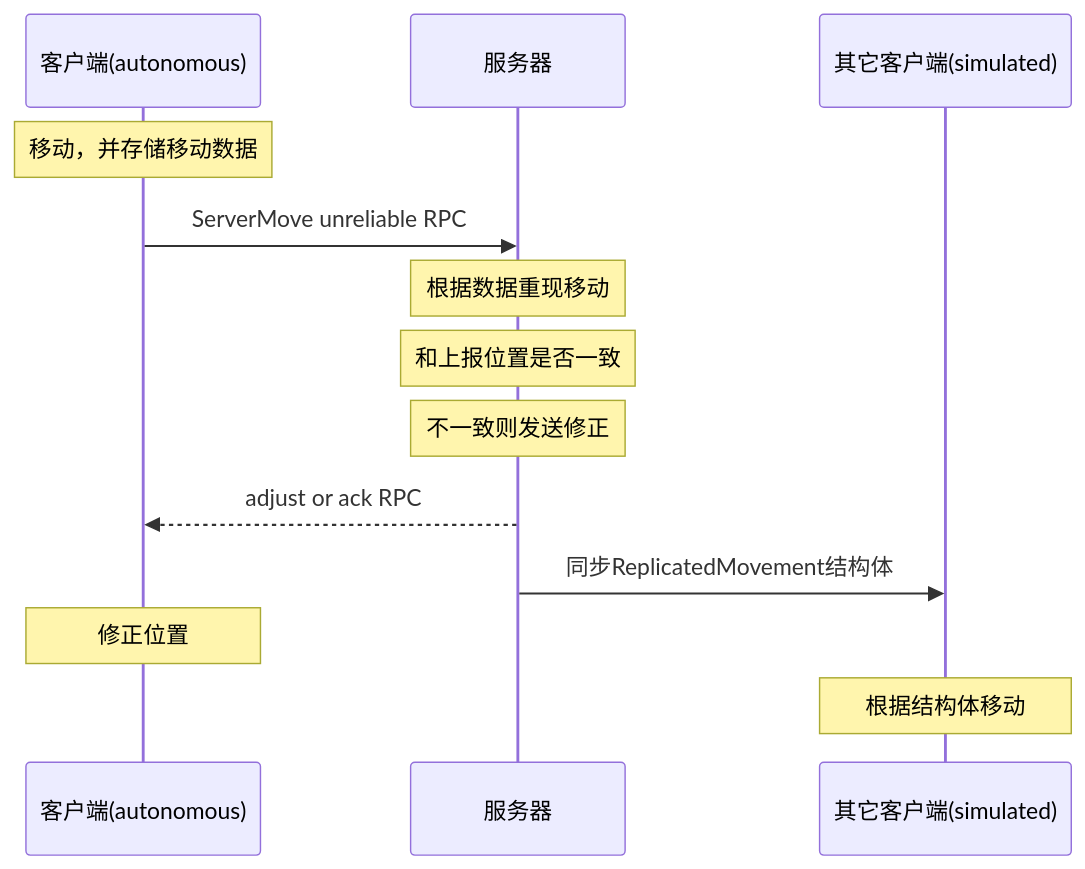
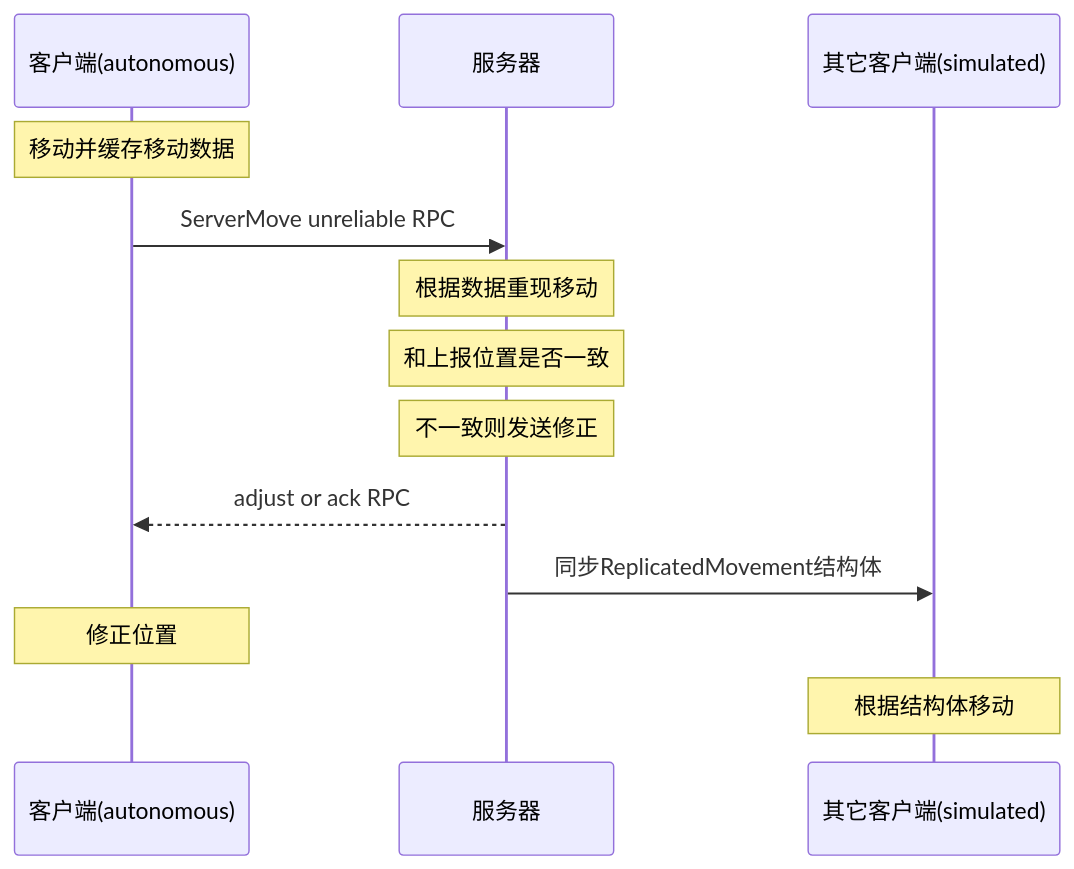
Before and after one commit to lawnight/lawnight.github.io: the diagram in _posts/2019-03-16-ue4Sever.md, drawn with Mermaid. The commit also changed other lines of this file and 1 other file, not shown here.

````diff
--- a/_posts/2019-03-16-ue4Sever.md
+++ b/_posts/2019-03-16-ue4Sever.md
@@ -167,15 +145,15 @@
 ```mermaid
 sequenceDiagram
     participant client1 as 客户端(autonomous)
     participant server as 服务器
     participant client2 as 其它客户端(simulated)
-    Note over client1: 移动，并存储移动数据
+    Note over client1: 移动并缓存移动数据
     client1->>server: ServerMove unreliable RPC
     Note over server: 根据数据重现移动
     Note over server: 和上报位置是否一致
     Note over server: 不一致则发送修正
     server-->>client1: adjust or ack RPC
     server->>client2: 同步ReplicatedMovement结构体
     Note over client1:  修正位置    
     Note over client2: 根据结构体移动
 ```
````
